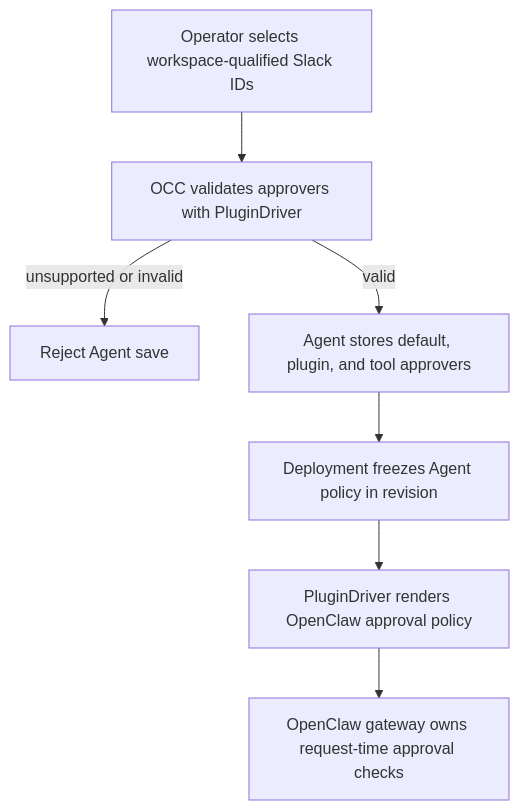
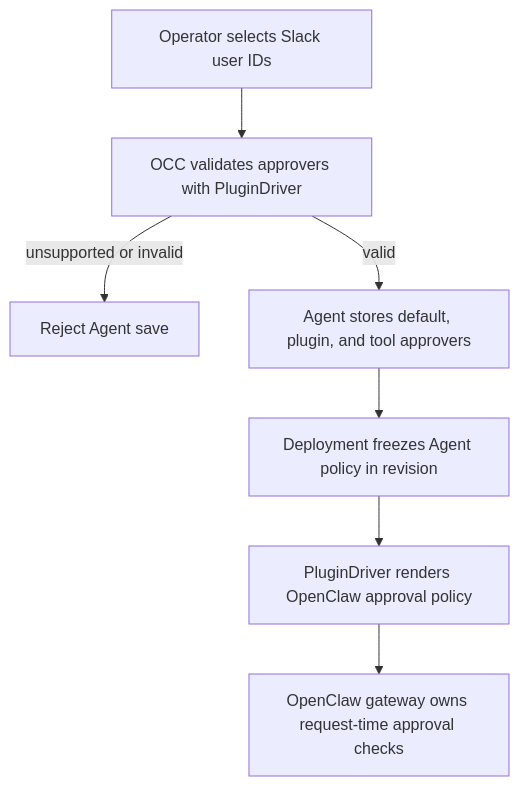
One commit to openclaw/openclaw-enterprise changed the diagram in docs/flows/agent-plugin-approvals.md. Above: the diagram before and after it, drawn with Mermaid. The commit also changed other lines of this file and 9 other files, not shown here.

Commit message:
Allow raw Slack user IDs for plugin approvers

````diff
--- a/docs/flows/agent-plugin-approvals.md
+++ b/docs/flows/agent-plugin-approvals.md
@@ -29,9 +29,9 @@
 ```mermaid
 graph TD
-  A["Operator selects workspace-qualified Slack IDs"] --> B["OCC validates approvers with PluginDriver"]
+  A["Operator selects Slack user IDs"] --> B["OCC validates approvers with PluginDriver"]
   B -->|unsupported or invalid| X["Reject Agent save"]
   B -->|valid| C["Agent stores default, plugin, and tool approvers"]
   C --> D["Deployment freezes Agent policy in revision"]
   D --> E["PluginDriver renders OpenClaw approval policy"]
   E --> F["OpenClaw gateway owns request-time approval checks"]
 ```
````
